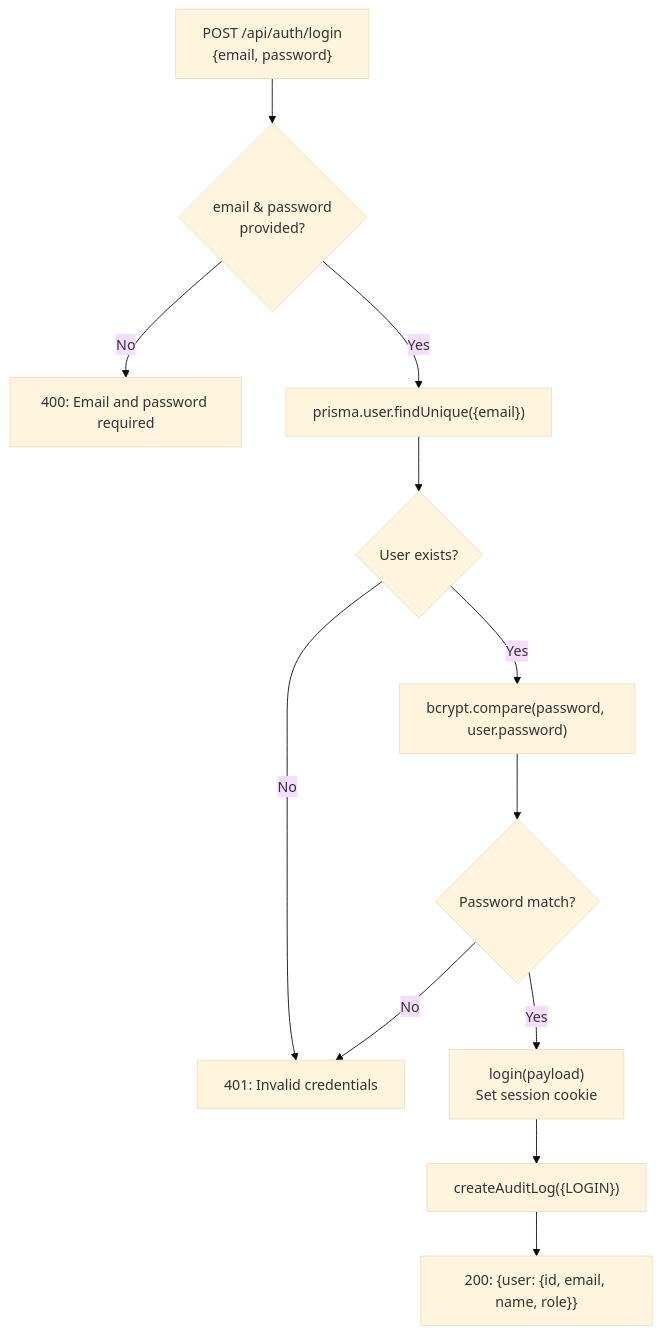
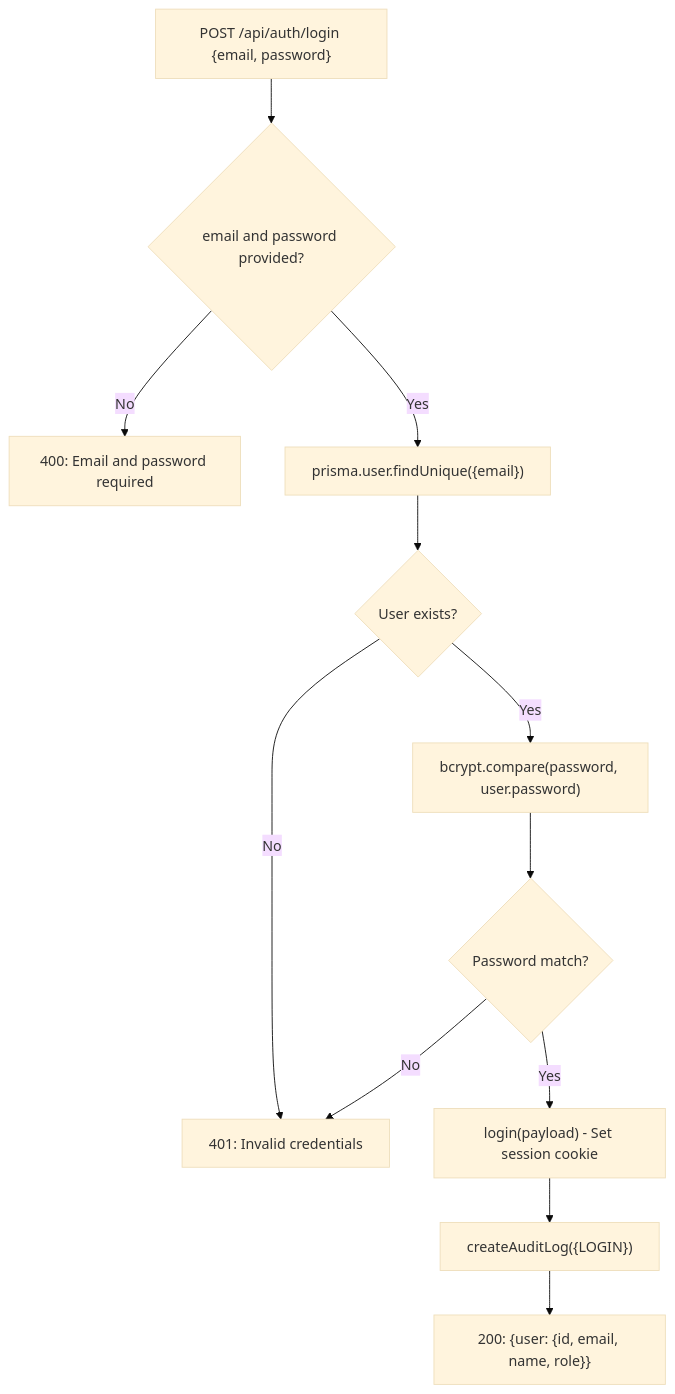
One commit to asefahmed500/Smart-Task-App_IIT_DU_Final_Project changed the third of 7 diagrams in docs/02-authentication.md. Above: the diagram before and after it, drawn with Mermaid (base theme). The commit also changed other lines of this file and 8 other files, not shown here.

Commit message:
fix: remove br tags from mermaid diagrams for GitHub rendering

````diff
--- a/docs/02-authentication.md
+++ b/docs/02-authentication.md
@@ -153,14 +153,14 @@
 ```mermaid
 flowchart TD
-    START["POST /api/auth/login<br/>{email, password}"] --> VALIDATE{"email & password<br/>provided?"}
+    START["POST /api/auth/login {email, password}"] --> VALIDATE{"email and password provided?"}
     VALIDATE -->|No| ERR_400["400: Email and password required"]
     VALIDATE -->|Yes| FIND["prisma.user.findUnique({email})"]
     FIND --> NOT_FOUND{"User exists?"}
     NOT_FOUND -->|No| ERR_401["401: Invalid credentials"]
     NOT_FOUND -->|Yes| COMPARE["bcrypt.compare(password, user.password)"]
     COMPARE --> MISMATCH{"Password match?"}
     MISMATCH -->|No| ERR_401
-    MISMATCH -->|Yes| LOGIN["login(payload)<br/>Set session cookie"]
+    MISMATCH -->|Yes| LOGIN["login(payload) - Set session cookie"]
     LOGIN --> AUDIT["createAuditLog({LOGIN})"]
     AUDIT --> SUCCESS["200: {user: {id, email, name, role}}"]
 ```
````
